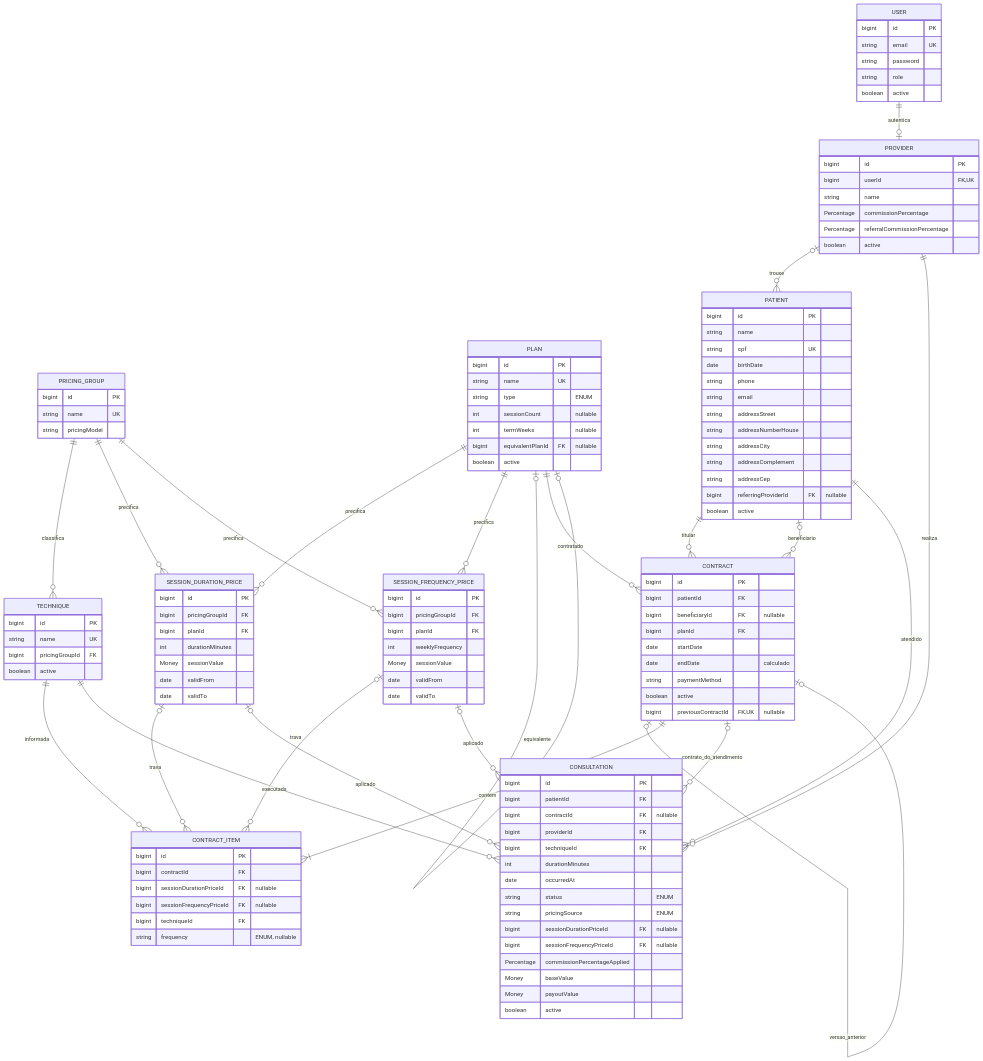
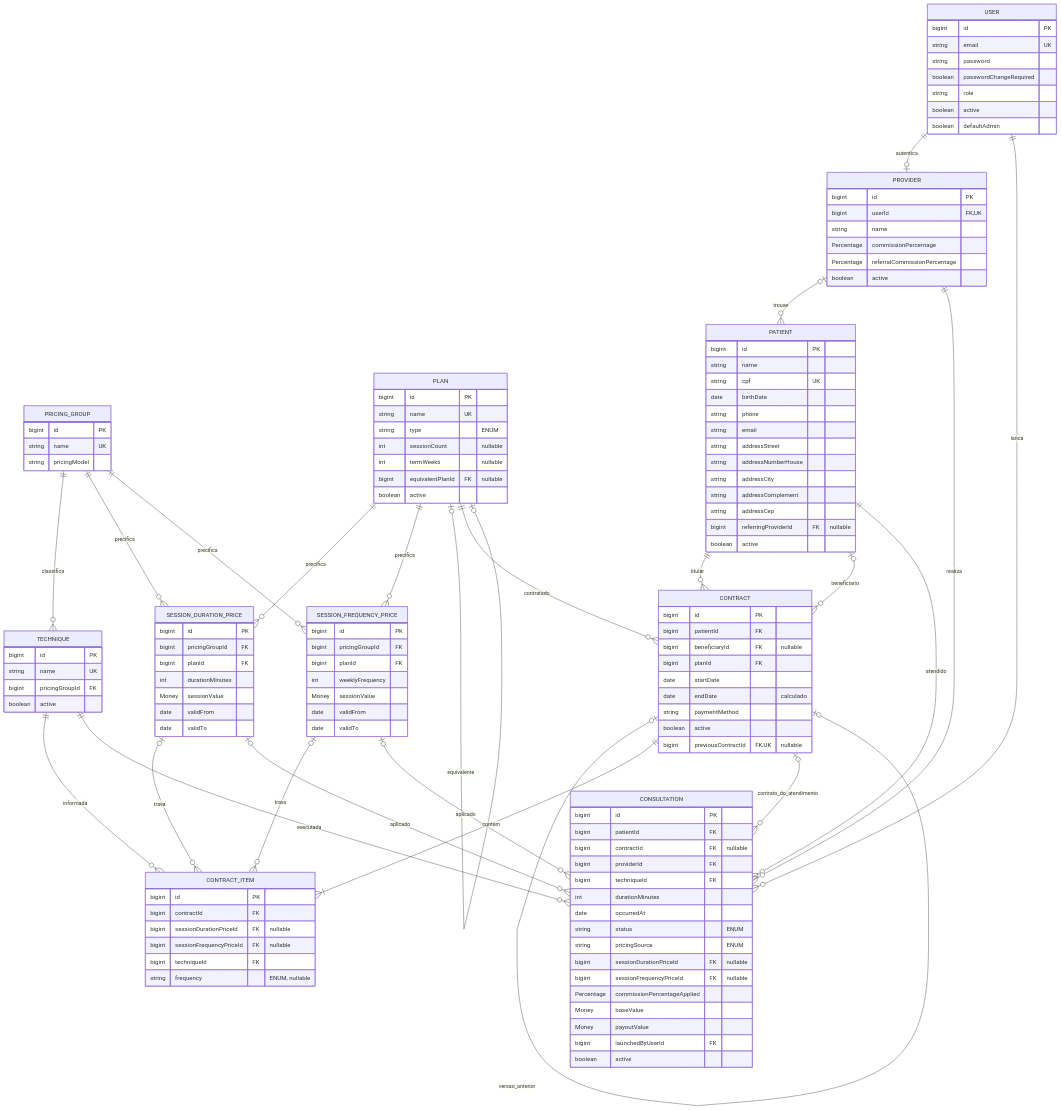
The diagram in docs/domain-model.md (1k2s/sublime-app), drawn with Mermaid before and after one commit. The commit also changed other lines of this file and 22 other files, not shown here.

````diff
--- a/docs/domain-model.md
+++ b/docs/domain-model.md
@@ -62,6 +62,7 @@
   PATIENT ||--o{ CONSULTATION : atendido
   CONTRACT |o--o{ CONSULTATION : contrato_do_atendimento
   PROVIDER ||--o{ CONSULTATION : realiza
+  USER ||--o{ CONSULTATION : lanca
   TECHNIQUE ||--o{ CONSULTATION : executada
   SESSION_DURATION_PRICE |o--o{ CONSULTATION : aplicado
   SESSION_FREQUENCY_PRICE |o--o{ CONSULTATION : aplicado
@@ -150,8 +151,10 @@
     bigint id PK
     string email UK
     string password
+    boolean passwordChangeRequired
     string role
     boolean active
+    boolean defaultAdmin
   }
 
   PROVIDER {
@@ -178,6 +181,7 @@
     Percentage commissionPercentageApplied
     Money baseValue
     Money payoutValue
+    bigint launchedByUserId FK
     boolean active
   }
 ```
````
